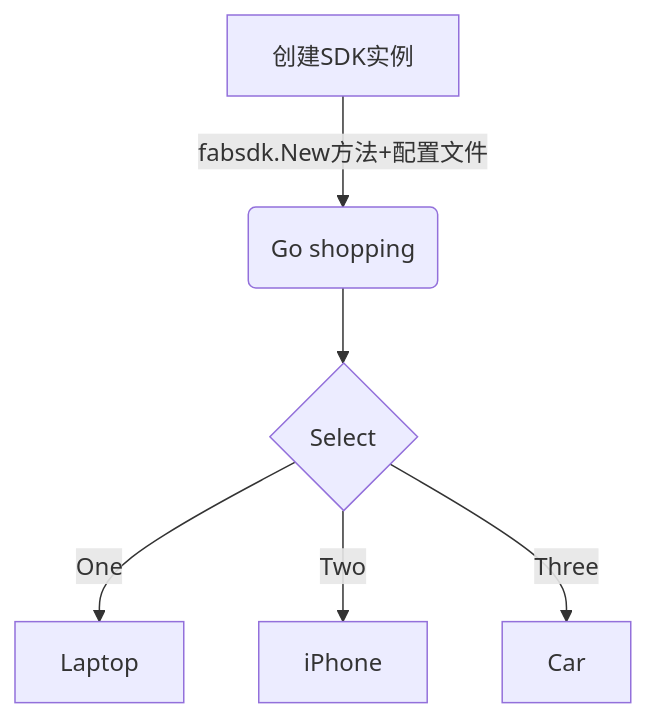
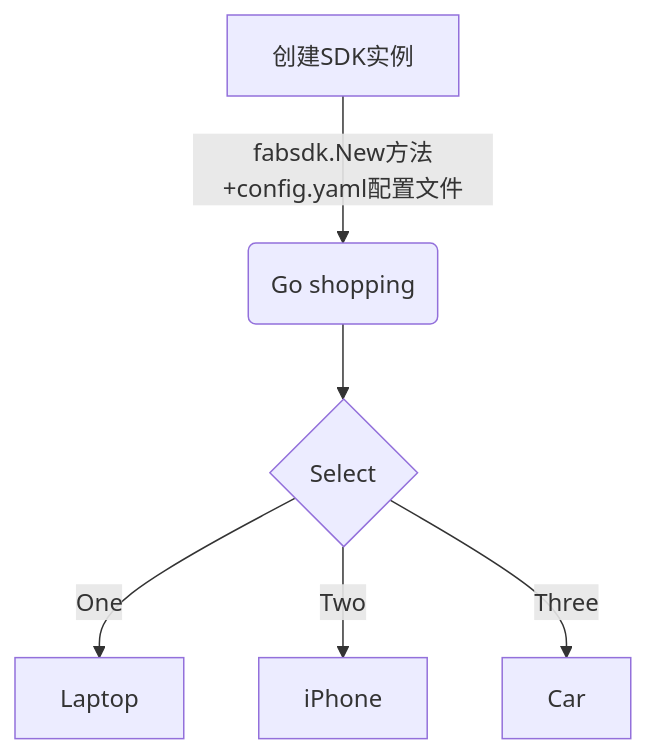
Before and after one commit to Utekichan/iodraw-files: the diagram in all/未命名.md, drawn with Mermaid.

Commit message:
2024-03-30 22:02:56 update

````diff
--- a/all/未命名.md
+++ b/all/未命名.md
@@ -1,9 +1,9 @@
 ```mermaid
 graph TD
-    A[创建SDK实例] -->|fabsdk.New方法+配置文件| B(Go shopping)
+    A[创建SDK实例] -->|fabsdk.New方法+config.yaml配置文件| B(Go shopping)
     B --> C{Select}
     C -->|One| D[Laptop]
     C -->|Two| E[iPhone]
     C -->|Three| F[Car]
   
 ```
````
